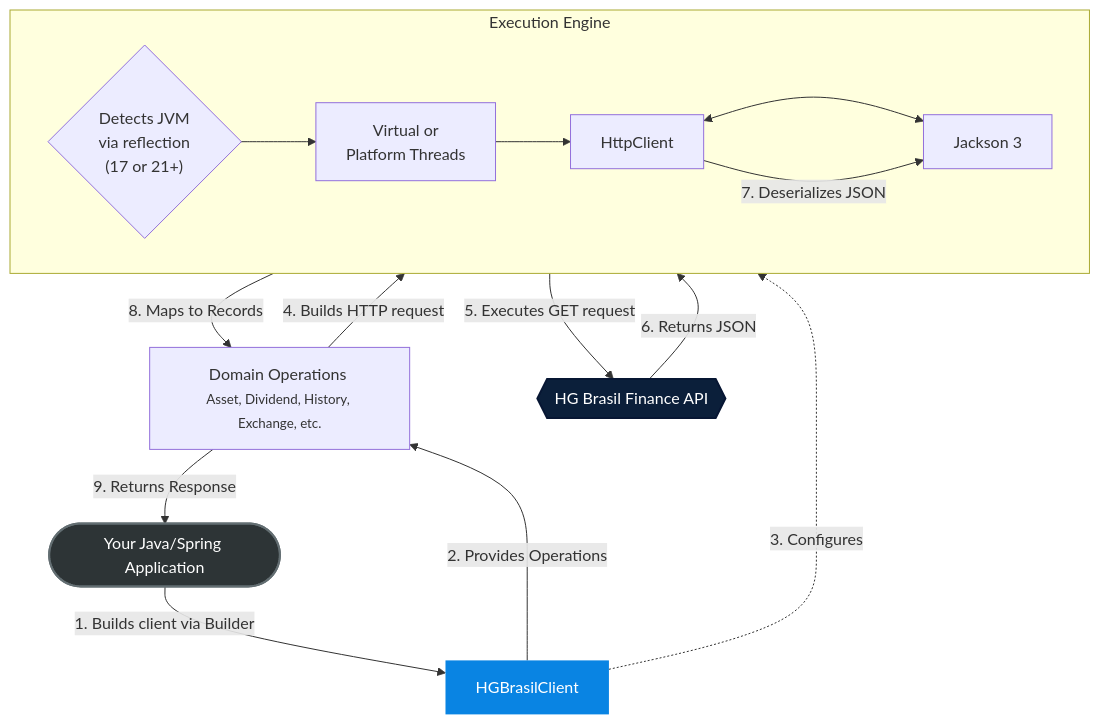
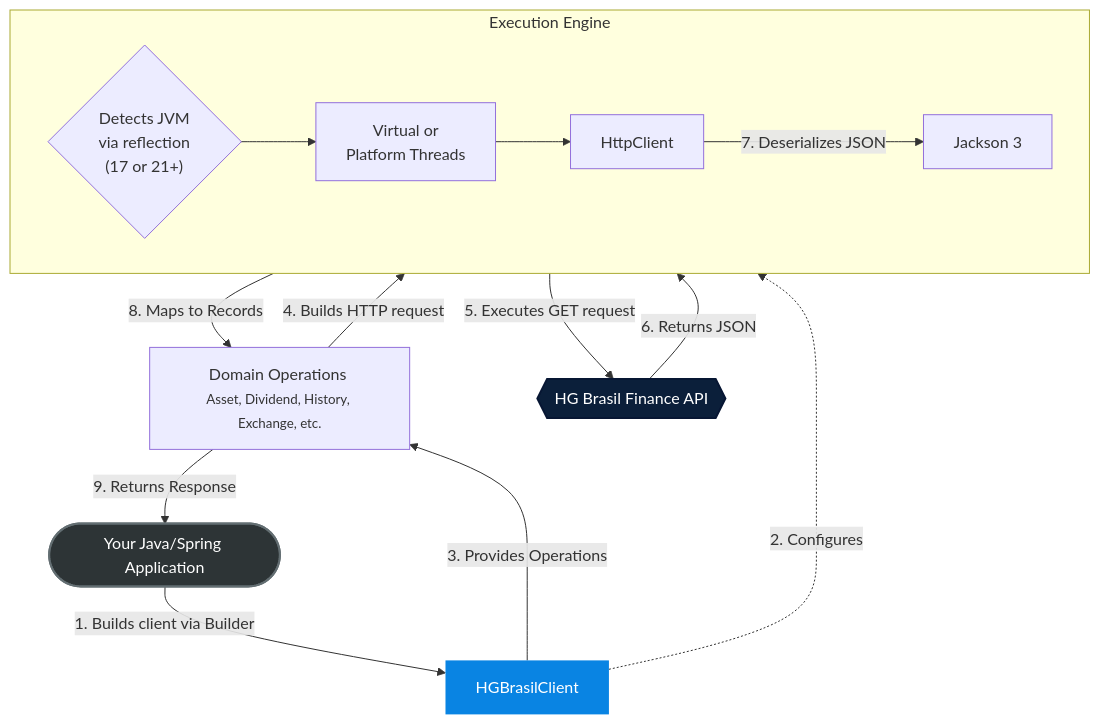
The diagram in README.md (jvlealc/hgbrasil-finance-java), drawn with Mermaid before and after one commit.

Commit message:
docs: update main README

````diff
--- a/README.md
+++ b/README.md
@@ -123,27 +123,27 @@
 ```mermaid
 flowchart TD
    classDef app fill:#2d3436,stroke:#636e72,stroke-width:2px,color:#fff
    classDef client fill:#0984e3,stroke:#000,stroke-width:0px,color:#fff
    classDef api fill:#0b1f3a,stroke:#071633,stroke-width:2px,color:#fff
 
    App([Your Java/Spring Application]):::app -->|1. Builds client via Builder| Client
 
    Client[HGBrasilClient]:::client
 
-   Client -->|2. Provides Operations| Ops[Domain Operations <br/><small>Asset, Dividend, History, Exchange, etc.</small>]
-   Client -.->|3. Configures| ExecutionEngine
+   Client -.->|2. Configures| ExecutionEngine
+   Client -->|3. Provides Operations| Ops[Domain Operations <br/><small>Asset, Dividend, History, Exchange, etc.</small>]
 
    subgraph ExecutionEngine [Execution Engine]
       direction LR
       Reflect{"Detects JVM<br/>via reflection<br/>(17 or 21+)"} --> Threads[Virtual or<br/>Platform Threads]
       Threads --> Http[HttpClient]
-      Http <--> Json[Jackson 3]
+      Json[Jackson 3]
    end
 
    Ops -->|4. Builds HTTP request| Http
    Http -->|5. Executes GET request| API{{HG Brasil Finance API}}:::api
    API -->|6. Returns JSON| Http
    Http -->|7. Deserializes JSON| Json
    Json -->|8. Maps to Records| Ops
    Ops -->|9. Returns Response| App
 ```
````
